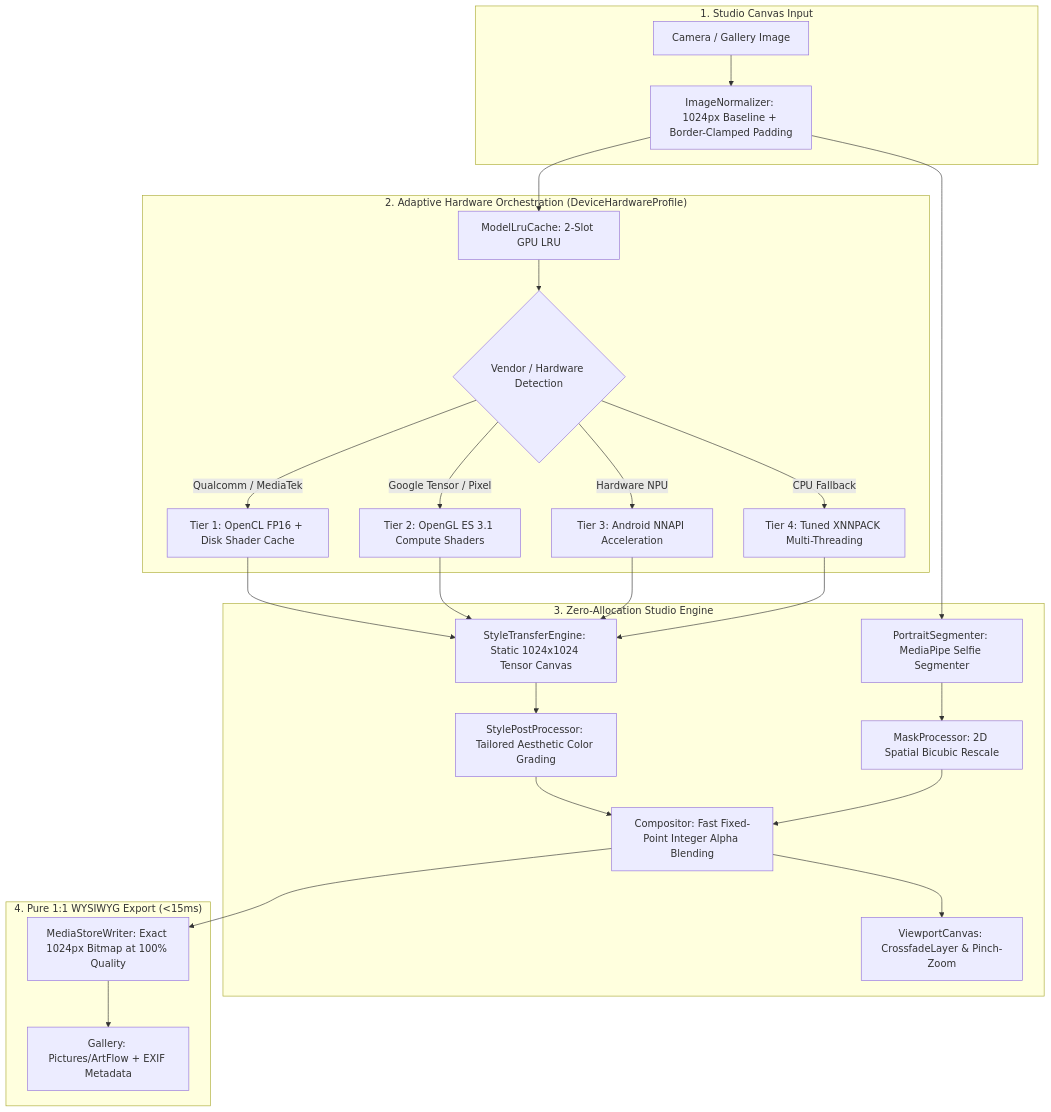
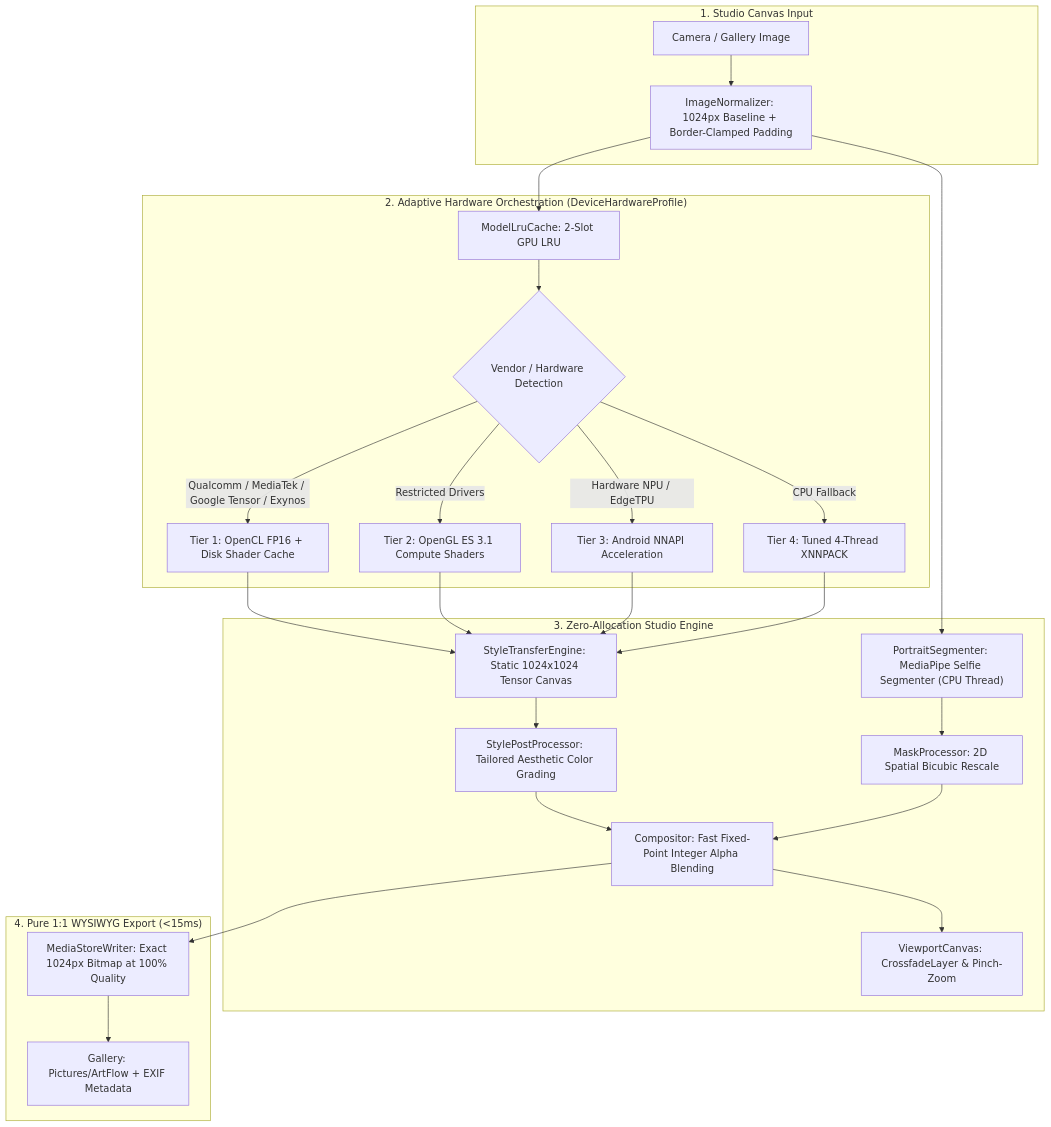
Before and after one commit to Sadik00789/Artflow-Android: the diagram in README.md, drawn with Mermaid. The commit also changed other lines of this file and 1 other file, not shown here.

Commit message:
docs: add Apache 2.0 LICENSE and update README with Tensor/multi-SoC hardware optimizations

````diff
--- a/README.md
+++ b/README.md
@@ -36,30 +40,30 @@
 ```mermaid
 flowchart TD
     subgraph InputStage ["1. Studio Canvas Input"]
         A["Camera / Gallery Image"] --> B["ImageNormalizer: 1024px Baseline + Border-Clamped Padding"]
     end
 
     subgraph HardwareStage ["2. Adaptive Hardware Orchestration (DeviceHardwareProfile)"]
         B --> C["ModelLruCache: 2-Slot GPU LRU"]
         C --> D{"Vendor / Hardware Detection"}
-        D -->|"Qualcomm / MediaTek"| E["Tier 1: OpenCL FP16 + Disk Shader Cache"]
-        D -->|"Google Tensor / Pixel"| F["Tier 2: OpenGL ES 3.1 Compute Shaders"]
-        D -->|"Hardware NPU"| G["Tier 3: Android NNAPI Acceleration"]
-        D -->|"CPU Fallback"| H["Tier 4: Tuned XNNPACK Multi-Threading"]
+        D -->|"Qualcomm / MediaTek / Google Tensor / Exynos"| E["Tier 1: OpenCL FP16 + Disk Shader Cache"]
+        D -->|"Restricted Drivers"| F["Tier 2: OpenGL ES 3.1 Compute Shaders"]
+        D -->|"Hardware NPU / EdgeTPU"| G["Tier 3: Android NNAPI Acceleration"]
+        D -->|"CPU Fallback"| H["Tier 4: Tuned 4-Thread XNNPACK"]
     end
 
     subgraph StudioEngine ["3. Zero-Allocation Studio Engine"]
         E & F & G & H --> I["StyleTransferEngine: Static 1024x1024 Tensor Canvas"]
-        B --> J["PortraitSegmenter: MediaPipe Selfie Segmenter"]
+        B --> J["PortraitSegmenter: MediaPipe Selfie Segmenter (CPU Thread)"]
         J --> K["MaskProcessor: 2D Spatial Bicubic Rescale"]
         I --> L["StylePostProcessor: Tailored Aesthetic Color Grading"]
         L --> M["Compositor: Fast Fixed-Point Integer Alpha Blending"]
         K --> M
         M --> N["ViewportCanvas: CrossfadeLayer & Pinch-Zoom"]
     end
 
     subgraph ExportStage ["4. Pure 1:1 WYSIWYG Export (<15ms)"]
         M --> O["MediaStoreWriter: Exact 1024px Bitmap at 100% Quality"]
         O --> P["Gallery: Pictures/ArtFlow + EXIF Metadata"]
     end
 ```
````
